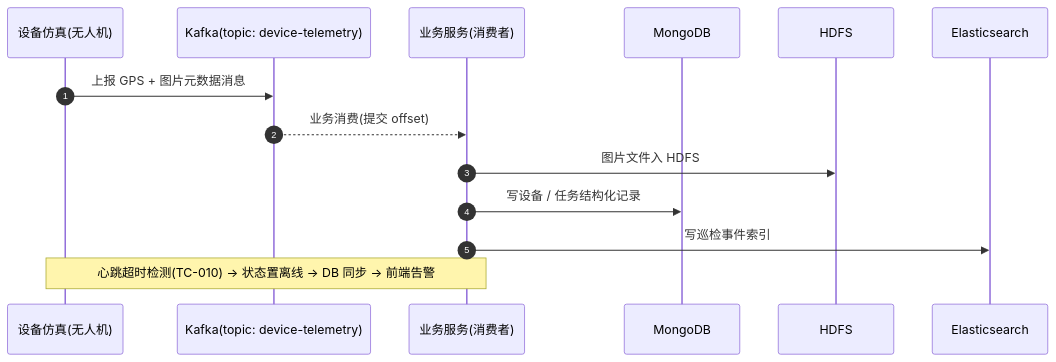
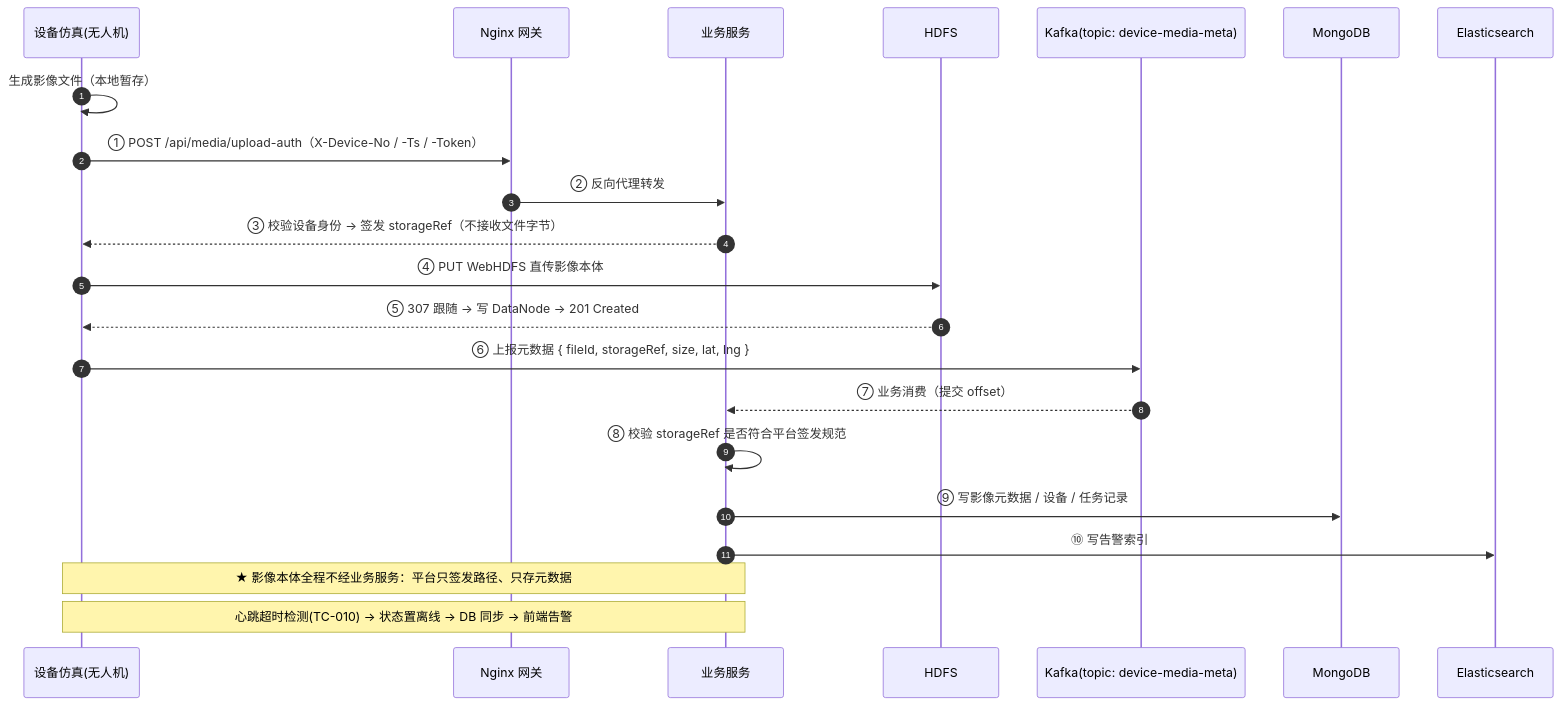
Before and after one commit to heziherz/uav-robot-inspection-platform: the third of 7 diagrams in doc/架构分析/架构图详解.md, drawn with Mermaid. The commit also changed other lines of this file and 54 other files, not shown here.

````diff
--- a/doc/架构分析/架构图详解.md
+++ b/doc/架构分析/架构图详解.md
@@ -139,17 +165,25 @@
 ```mermaid
 sequenceDiagram
     autonumber
     participant SIM as 设备仿真(无人机)
-    participant MQ as Kafka(topic: device-telemetry)
-    participant BIZ as 业务服务(消费者)
+    participant GW as Nginx 网关
+    participant BIZ as 业务服务
+    participant FS as HDFS
+    participant MQ as Kafka(topic: device-media-meta)
     participant DB as MongoDB
-    participant FS as HDFS
     participant ES as Elasticsearch
 
-    SIM->>MQ: 上报 GPS + 图片元数据消息
-    MQ-->>BIZ: 业务消费(提交 offset)
-    BIZ->>FS: 图片文件入 HDFS
-    BIZ->>DB: 写设备 / 任务结构化记录
-    BIZ->>ES: 写巡检事件索引
+    SIM->>SIM: 生成影像文件（本地暂存）
+    SIM->>GW: ① POST /api/media/upload-auth（X-Device-No / -Ts / -Token）
+    GW->>BIZ: ② 反向代理转发
+    BIZ-->>SIM: ③ 校验设备身份 → 签发 storageRef（不接收文件字节）
+    SIM->>FS: ④ PUT WebHDFS 直传影像本体
+    FS-->>SIM: ⑤ 307 跟随 → 写 DataNode → 201 Created
+    SIM->>MQ: ⑥ 上报元数据 { fileId, storageRef, size, lat, lng }
+    MQ-->>BIZ: ⑦ 业务消费（提交 offset）
+    BIZ->>BIZ: ⑧ 校验 storageRef 是否符合平台签发规范
+    BIZ->>DB: ⑨ 写影像元数据 / 设备 / 任务记录
+    BIZ->>ES: ⑩ 写告警索引
+    Note over SIM,BIZ: ★ 影像本体全程不经业务服务：平台只签发路径、只存元数据
     Note over BIZ,SIM: 心跳超时检测(TC-010) → 状态置离线 → DB 同步 → 前端告警
 ```
````
